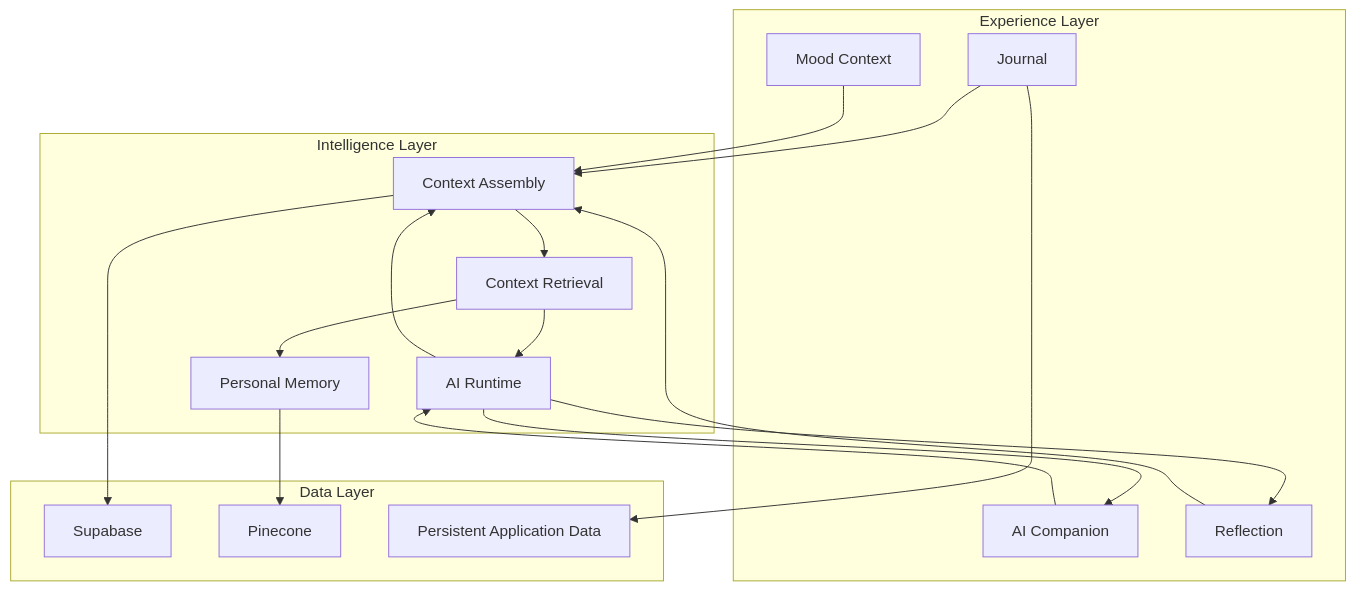
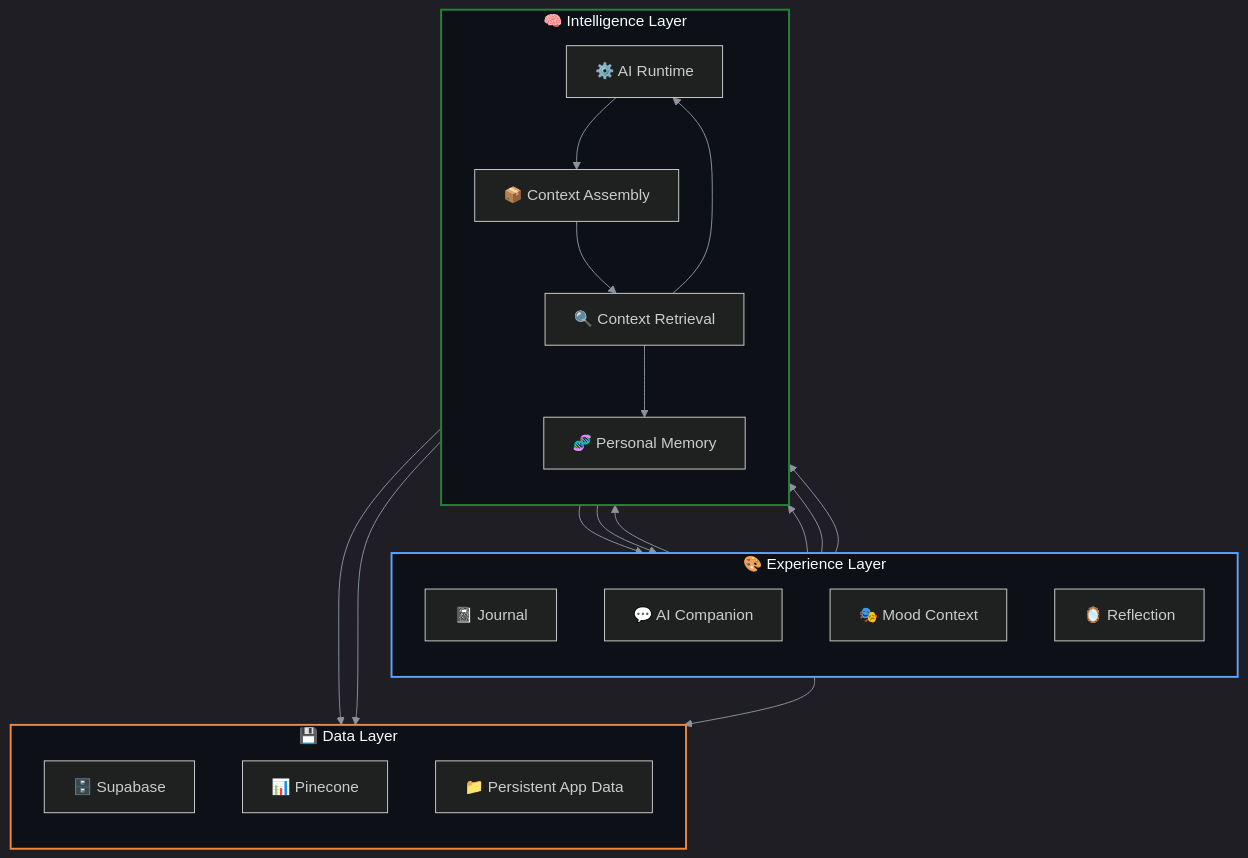
Before and after one commit to datascyther/Jouspace: the second of 3 diagrams in README.md, drawn with Mermaid. The commit also changed other lines of this file, not shown here.

````diff
--- a/README.md
+++ b/README.md
@@ -192,40 +341,48 @@
 ```mermaid
+%%{init: {'theme': 'dark', 'themeVariables': { 'primaryColor': '#58a6ff', 'primaryTextColor': '#c9d1d9', 'primaryBorderColor': '#30363d', 'lineColor': '#8b949e', 'secondaryColor': '#161b22', 'tertiaryColor': '#21262d'}}}%%
 flowchart TB
 
-    subgraph Experience["Experience Layer"]
-        JOURNAL["Journal"]
-        CHAT["AI Companion"]
-        MOOD["Mood Context"]
-        REFLECTION["Reflection"]
+    subgraph Experience["🎨 Experience Layer"]
+        direction TB
+        JOURNAL["📓 Journal"]
+        CHAT["💬 AI Companion"]
+        MOOD["🎭 Mood Context"]
+        REFLECTION["🪞 Reflection"]
     end
 
-    subgraph Intelligence["Intelligence Layer"]
-        RUNTIME["AI Runtime"]
-        CONTEXT["Context Assembly"]
-        RETRIEVAL["Context Retrieval"]
-        MEMORY["Personal Memory"]
+    subgraph Intelligence["🧠 Intelligence Layer"]
+        direction TB
+        RUNTIME["⚙️ AI Runtime"]
+        CONTEXT["📦 Context Assembly"]
+        RETRIEVAL["🔍 Context Retrieval"]
+        MEMORY["🧬 Personal Memory"]
     end
 
-    subgraph Data["Data Layer"]
-        SUPABASE["Supabase"]
-        PINECONE["Pinecone"]
-        STORAGE["Persistent Application Data"]
+    subgraph Data["💾 Data Layer"]
+        direction TB
+        SUPABASE["🗄️ Supabase"]
+        PINECONE["📊 Pinecone"]
+        STORAGE["📁 Persistent App Data"]
     end
 
     JOURNAL --> CONTEXT
     CHAT --> RUNTIME
     MOOD --> CONTEXT
     REFLECTION --> CONTEXT
 
     RUNTIME --> CONTEXT
     CONTEXT --> RETRIEVAL
     RETRIEVAL --> MEMORY
 
     MEMORY --> PINECONE
     CONTEXT --> SUPABASE
     JOURNAL --> STORAGE
 
     RETRIEVAL --> RUNTIME
     RUNTIME --> CHAT
     RUNTIME --> REFLECTION
+
+    style Experience fill:#0d1117,stroke:#58a6ff,stroke-width:2px
+    style Intelligence fill:#0d1117,stroke:#238636,stroke-width:2px
+    style Data fill:#0d1117,stroke:#f0883e,stroke-width:2px
 ```
````
